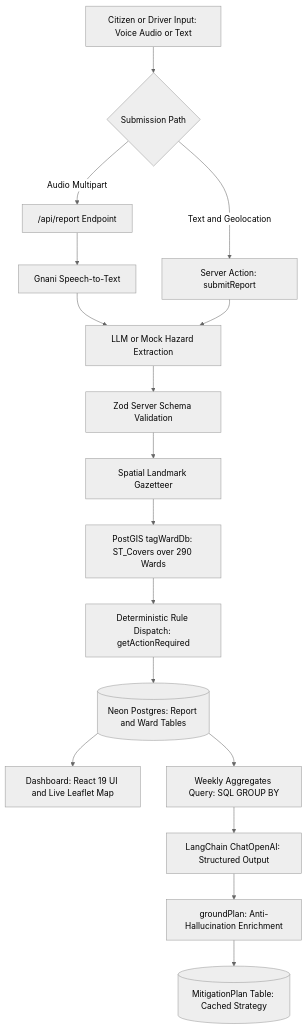
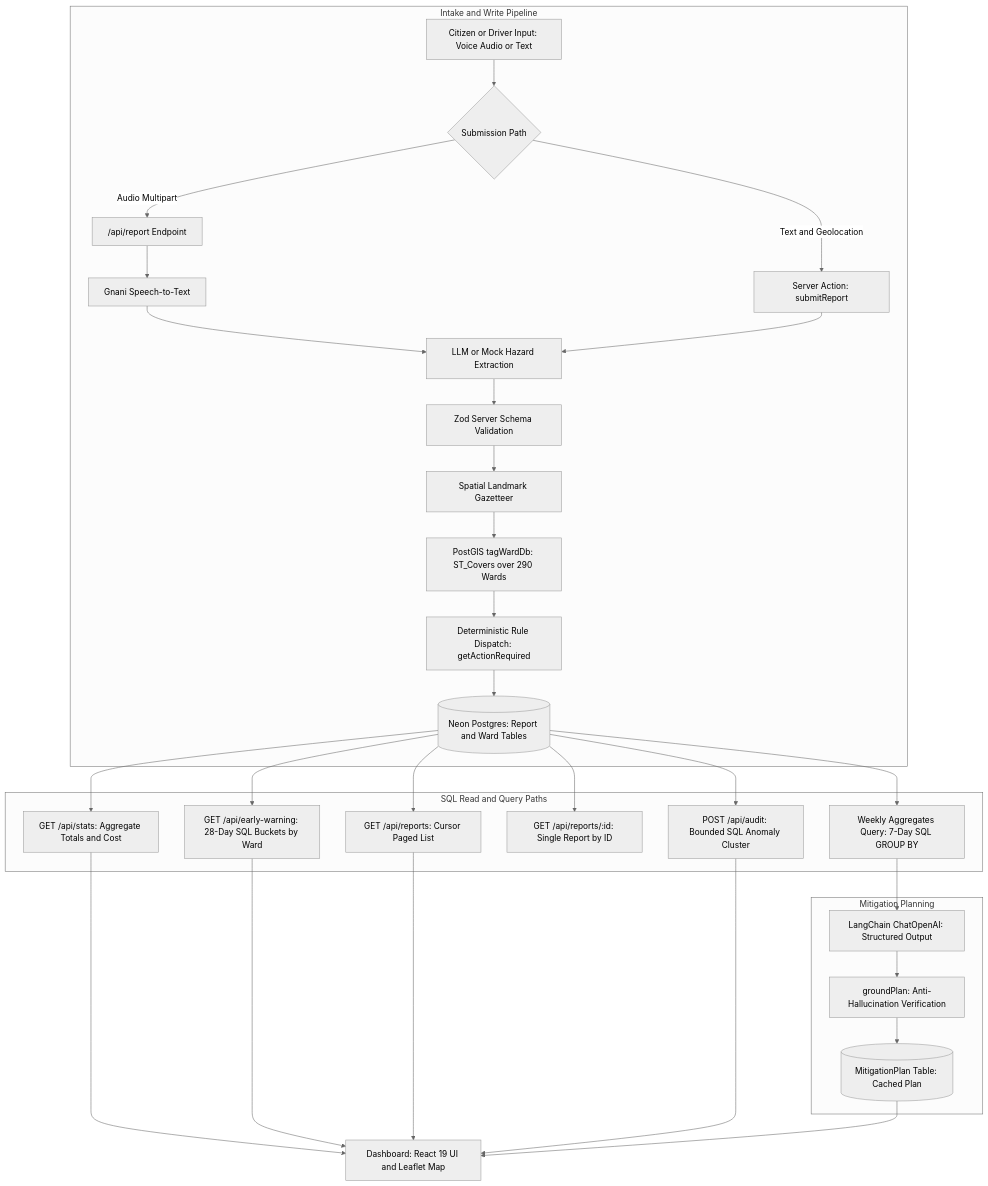
One commit to kaizen105/Garbage_unstop_project changed the diagram in README.md. Above: the diagram before and after it, drawn with Mermaid (neutral theme). The commit also changed other lines of this file, not shown here.

Commit message:
SQL dashboard, 10k synthetic dataset, ward mapping fix, README update

````diff
--- a/README.md
+++ b/README.md
@@ -11,19 +11,37 @@
 ```mermaid
 flowchart TD
-    A["Citizen or Driver Input: Voice Audio or Text"] --> B{"Submission Path"}
-    B -->|"Audio Multipart"| C["/api/report Endpoint"]
-    B -->|"Text and Geolocation"| D["Server Action: submitReport"]
-    C --> E["Gnani Speech-to-Text"]
-    E --> F["LLM or Mock Hazard Extraction"]
-    D --> F
-    F --> G["Zod Server Schema Validation"]
-    G --> H["Spatial Landmark Gazetteer"]
-    H --> I["PostGIS tagWardDb: ST_Covers over 290 Wards"]
-    I --> J["Deterministic Rule Dispatch: getActionRequired"]
-    J --> K[("Neon Postgres: Report and Ward Tables")]
-    K --> L["Dashboard: React 19 UI and Live Leaflet Map"]
-    K --> M["Weekly Aggregates Query: SQL GROUP BY"]
-    M --> N["LangChain ChatOpenAI: Structured Output"]
-    N --> O["groundPlan: Anti-Hallucination Enrichment"]
-    O --> P[("MitigationPlan Table: Cached Strategy")]
+    subgraph Intake["Intake and Write Pipeline"]
+        A["Citizen or Driver Input: Voice Audio or Text"] --> B{"Submission Path"}
+        B -->|"Audio Multipart"| C["/api/report Endpoint"]
+        B -->|"Text and Geolocation"| D["Server Action: submitReport"]
+        C --> E["Gnani Speech-to-Text"]
+        E --> F["LLM or Mock Hazard Extraction"]
+        D --> F
+        F --> G["Zod Server Schema Validation"]
+        G --> H["Spatial Landmark Gazetteer"]
+        H --> I["PostGIS tagWardDb: ST_Covers over 290 Wards"]
+        I --> J["Deterministic Rule Dispatch: getActionRequired"]
+        J --> K[("Neon Postgres: Report and Ward Tables")]
+    end
+
+    subgraph ReadPaths["SQL Read and Query Paths"]
+        K --> Q["GET /api/stats: Aggregate Totals and Cost"]
+        K --> R["GET /api/early-warning: 28-Day SQL Buckets by Ward"]
+        K --> S["GET /api/reports: Cursor Paged List"]
+        K --> T["GET /api/reports/:id: Single Report by ID"]
+        K --> U["POST /api/audit: Bounded SQL Anomaly Cluster"]
+        K --> M["Weekly Aggregates Query: 7-Day SQL GROUP BY"]
+    end
+
+    subgraph Planning["Mitigation Planning"]
+        M --> N["LangChain ChatOpenAI: Structured Output"]
+        N --> O["groundPlan: Anti-Hallucination Verification"]
+        O --> P[("MitigationPlan Table: Cached Plan")]
+    end
+
+    Q --> L["Dashboard: React 19 UI and Leaflet Map"]
+    R --> L
+    S --> L
+    U --> L
+    P --> L
 ```
````
